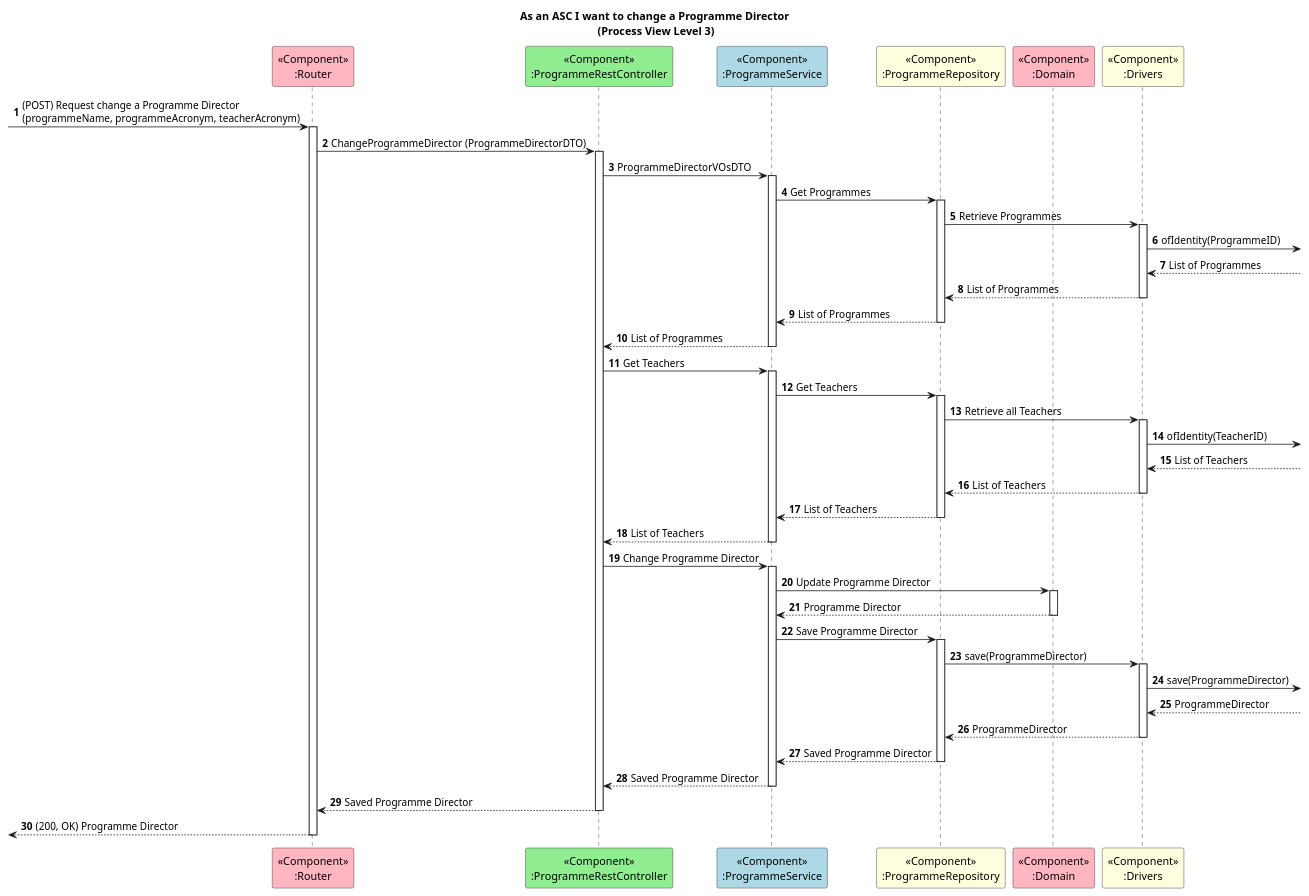
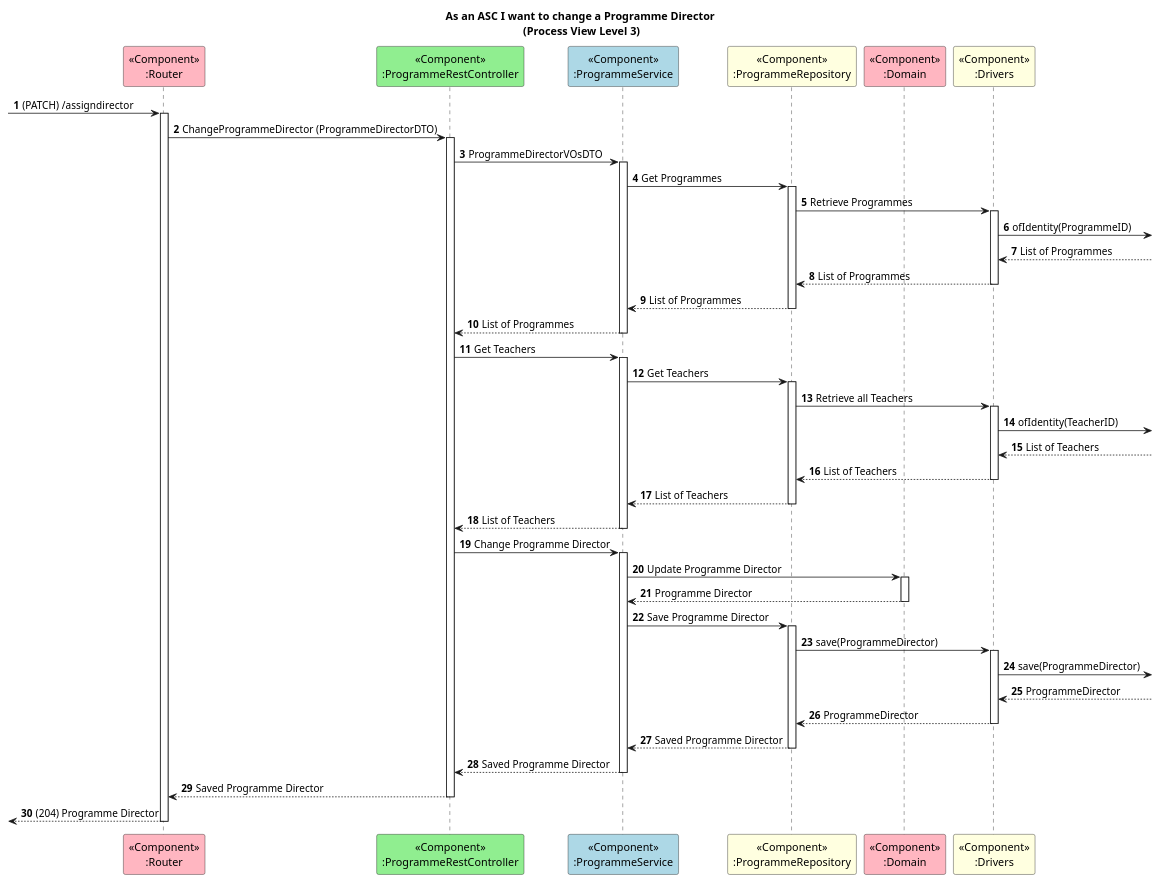
Before and after one commit to GasparISEP/DevOps-PAI: the diagram in docs/US12/Sprint6/ProcessView/Level3.puml, drawn with PlantUML. The commit also changed 1 other file, not shown here.

Commit message:
Refs #505, #573, Alteration of diagrams

```diff
--- a/docs/US12/Sprint6/ProcessView/Level3.puml
+++ b/docs/US12/Sprint6/ProcessView/Level3.puml
@@ -1,56 +1,56 @@
 @startuml
 
 autonumber
 
 title As an ASC I want to change a Programme Director\n (Process View Level 3)
 
 
 participant "<<Component>>\n:Router" as RT #lightpink
 participant "<<Component>>\n:ProgrammeRestController" as C #lightgreen
 participant "<<Component>>\n:ProgrammeService" as S #lightblue
 participant "<<Component>>\n:ProgrammeRepository" as R #lightyellow
 participant "<<Component>>\n:Domain"  as D #lightpink
 participant "<<Component>>\n:Drivers" as Drivers #lightyellow
 
 
 
 
--> RT ++: (POST) Request change a Programme Director \n(programmeName, programmeAcronym, teacherAcronym)
+-> RT ++: (PATCH) /assigndirector
 
 RT -> C ++: ChangeProgrammeDirector (ProgrammeDirectorDTO)
 C -> S ++: ProgrammeDirectorVOsDTO
 S -> R ++: Get Programmes
 R -> Drivers ++: Retrieve Programmes
 Drivers -> : ofIdentity(ProgrammeID)
 Drivers <-- : List of Programmes
 Drivers --> R --: List of Programmes
 R --> S --: List of Programmes
 S --> C --: List of Programmes
 
 C -> S ++: Get Teachers
 S -> R ++: Get Teachers
 R -> Drivers ++: Retrieve all Teachers
 Drivers -> : ofIdentity(TeacherID)
 Drivers <-- : List of Teachers
 Drivers --> R --: List of Teachers
 R --> S --: List of Teachers
 S --> C --: List of Teachers
 
 C -> S ++: Change Programme Director
 
 S -> D ++: Update Programme Director
 D --> S --: Programme Director
 
 S -> R ++: Save Programme Director
 R -> Drivers ++: save(ProgrammeDirector)
 Drivers -> : save(ProgrammeDirector)
 Drivers <-- : ProgrammeDirector
 Drivers --> R --: ProgrammeDirector
 R --> S --: Saved Programme Director
 
 S --> C --: Saved Programme Director
 C --> RT --: Saved Programme Director
-<-- RT --: (200, OK) Programme Director
+<-- RT --: (204) Programme Director
 
 
 @enduml
```
